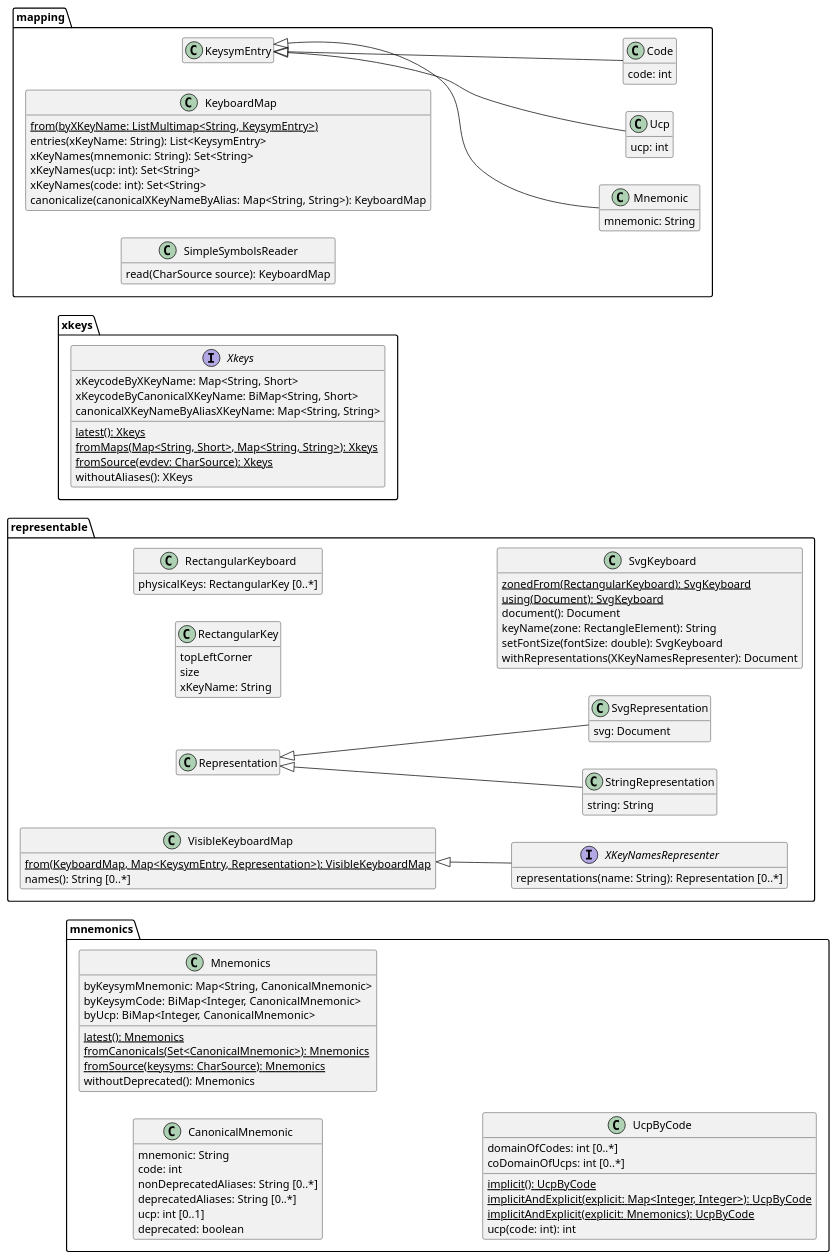
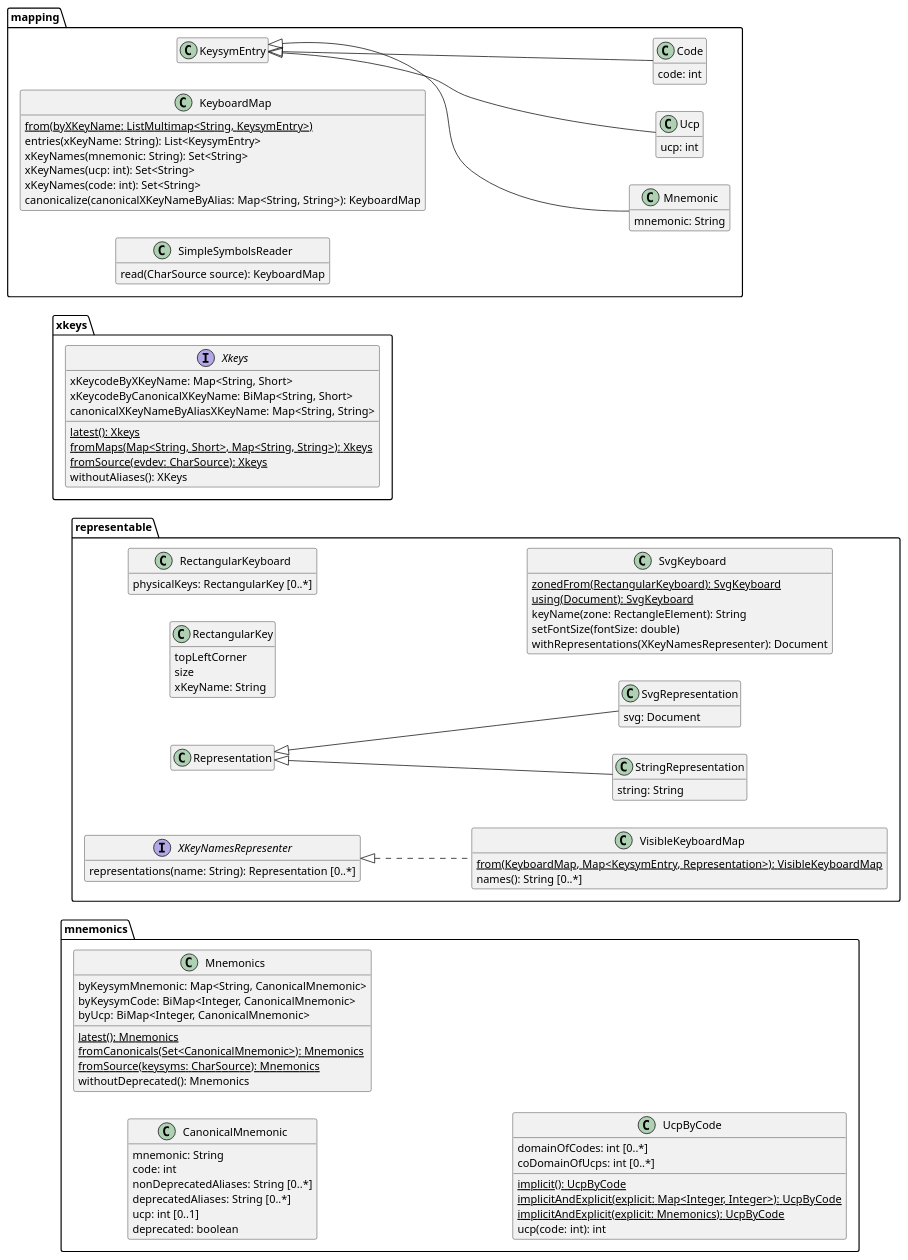
The diagram in Main classes.wsd (oliviercailloux/Keyboardd), drawn with PlantUML before and after one commit.

Commit message:
Impr diag

```diff
--- a/Main classes.wsd
+++ b/Main classes.wsd
@@ -1,119 +1,118 @@
 @startuml Main classes
 hide empty members
 left to right direction
 
 package "xkeys" {
   interface "Xkeys" {
     {static} latest(): Xkeys
     {static} fromMaps(Map<String, Short>, Map<String, String>): Xkeys
     {static} fromSource(evdev: CharSource): Xkeys
     xKeycodeByXKeyName: Map<String, Short>
     xKeycodeByCanonicalXKeyName: BiMap<String, Short>
     canonicalXKeyNameByAliasXKeyName: Map<String, String>
     withoutAliases(): XKeys
   }
 }
 
 package "mnemonics" {
   class "CanonicalMnemonic" {
     mnemonic: String
     code: int
     nonDeprecatedAliases: String [0..*]
     deprecatedAliases: String [0..*]
     ucp: int [0..1]
     deprecated: boolean
   }
 
   class "Mnemonics" {
     {static} latest(): Mnemonics
     {static} fromCanonicals(Set<CanonicalMnemonic>): Mnemonics
     {static} fromSource(keysyms: CharSource): Mnemonics
     byKeysymMnemonic: Map<String, CanonicalMnemonic>
     byKeysymCode: BiMap<Integer, CanonicalMnemonic>
     byUcp: BiMap<Integer, CanonicalMnemonic>
     withoutDeprecated(): Mnemonics
   }
 
   class "UcpByCode" {
     {static} implicit(): UcpByCode
     {static} implicitAndExplicit(explicit: Map<Integer, Integer>): UcpByCode
     {static} implicitAndExplicit(explicit: Mnemonics): UcpByCode
     domainOfCodes: int [0..*]
     coDomainOfUcps: int [0..*]
     ucp(code: int): int
   }
 }
 
 package "mapping" {
   class "KeysymEntry" {}
   class "Mnemonic" {
     mnemonic: String
   }
   class "Ucp" {
     ucp: int
   }
   class "Code" {
     code: int
   }
 
   class "KeyboardMap" {
     {static} from(byXKeyName: ListMultimap<String, KeysymEntry>)
     entries(xKeyName: String): List<KeysymEntry>
     xKeyNames(mnemonic: String): Set<String>
     xKeyNames(ucp: int): Set<String>
     xKeyNames(code: int): Set<String>
     canonicalize(canonicalXKeyNameByAlias: Map<String, String>): KeyboardMap
   }
 
   class "SimpleSymbolsReader" {
     read(CharSource source): KeyboardMap
   }
 
   "KeysymEntry" <|-- "Mnemonic"
   "KeysymEntry" <|-- "Ucp"
   "KeysymEntry" <|-- "Code"
 }
 
 package "representable" {
   class "Representation" {
   }
   class "StringRepresentation" {
     string: String
   }
   class "SvgRepresentation" {
     svg: Document
   }
   "Representation" <|-- "StringRepresentation"
   "Representation" <|-- "SvgRepresentation"
 
   interface "XKeyNamesRepresenter" {
     representations(name: String): Representation [0..*]
   }
 
   class "VisibleKeyboardMap" {
     {static} from(KeyboardMap, Map<KeysymEntry, Representation>): VisibleKeyboardMap
     names(): String [0..*]
   }
-  "VisibleKeyboardMap" <|-- "XKeyNamesRepresenter"
+  "XKeyNamesRepresenter" <|-[dashed]- "VisibleKeyboardMap"
 
   class "RectangularKey" {
     topLeftCorner
     size
     xKeyName: String
   }
   
   class "RectangularKeyboard" {
     physicalKeys: RectangularKey [0..*]
   }
 
   class "SvgKeyboard" {
     {static} zonedFrom(RectangularKeyboard): SvgKeyboard
     {static} using(Document): SvgKeyboard
-    document(): Document
     keyName(zone: RectangleElement): String
-    setFontSize(fontSize: double): SvgKeyboard
+    setFontSize(fontSize: double)
     withRepresentations(XKeyNamesRepresenter): Document
   }
 }
 
 @enduml
```
